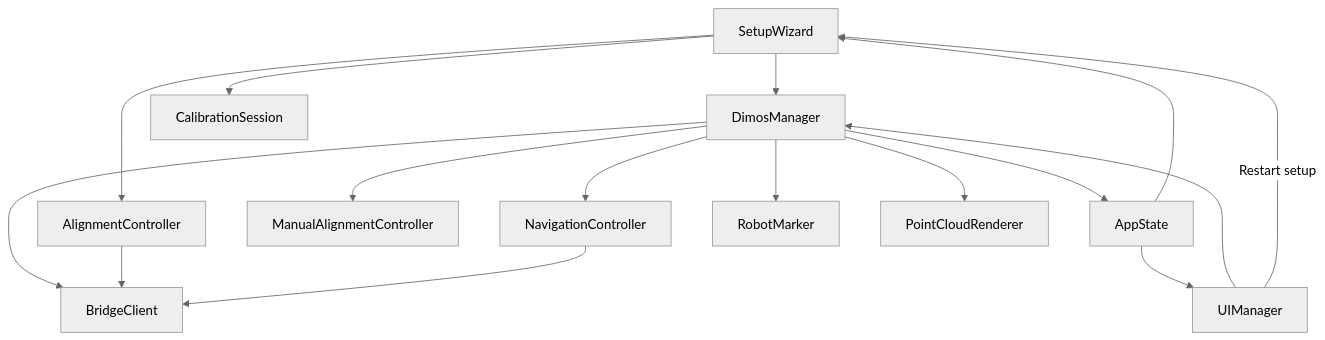
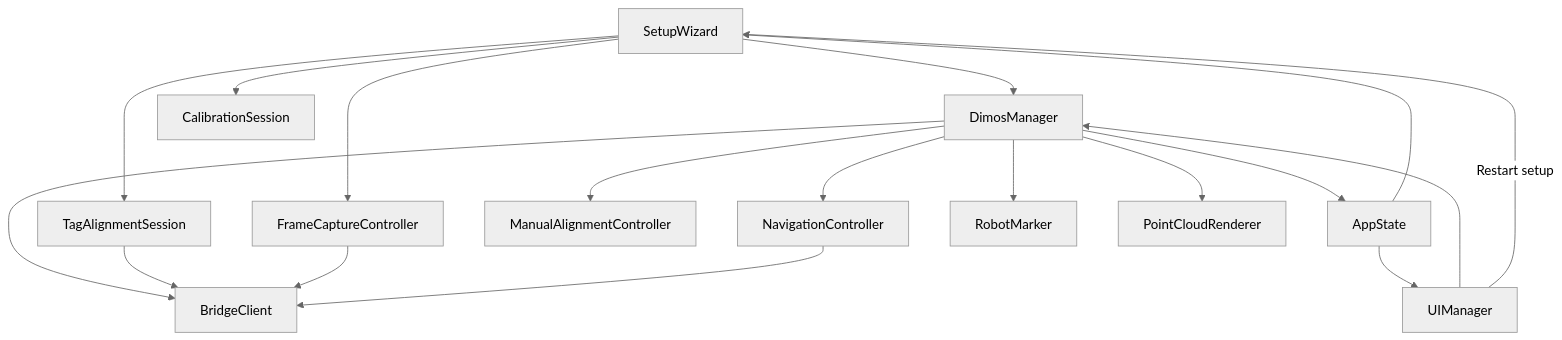
Before and after one commit to V4C38/spectacles-dimensional-os: the second of 3 diagrams in README.md, drawn with Mermaid (neutral theme). The commit also changed other lines of this file and 61 other files, not shown here.

Commit message:
Robot mounted April tag replaces shared static world marker for frame alignment

````diff
--- a/README.md
+++ b/README.md
@@ -100,18 +100,20 @@
 ```mermaid
 flowchart TB
   SetupWizard[SetupWizard] --> DimosManager[DimosManager]
   SetupWizard --> CalibrationSession[CalibrationSession]
-  SetupWizard --> AlignmentController[AlignmentController]
+  SetupWizard --> TagAlignment[TagAlignmentSession]
+  SetupWizard --> FrameCapture[FrameCaptureController]
   UIManager[UIManager] --> DimosManager
   UIManager -->|"Restart setup"| SetupWizard
   DimosManager --> BridgeClient[BridgeClient]
   DimosManager --> AppState[AppState]
   DimosManager --> ManualAlignment[ManualAlignmentController]
   DimosManager --> Navigation[NavigationController]
   DimosManager --> RobotMarker[RobotMarker]
   DimosManager --> PointCloud[PointCloudRenderer]
   AppState --> UIManager
   AppState --> SetupWizard
-  AlignmentController --> BridgeClient
+  TagAlignment --> BridgeClient
+  FrameCapture --> BridgeClient
   Navigation --> BridgeClient
 ```
````
